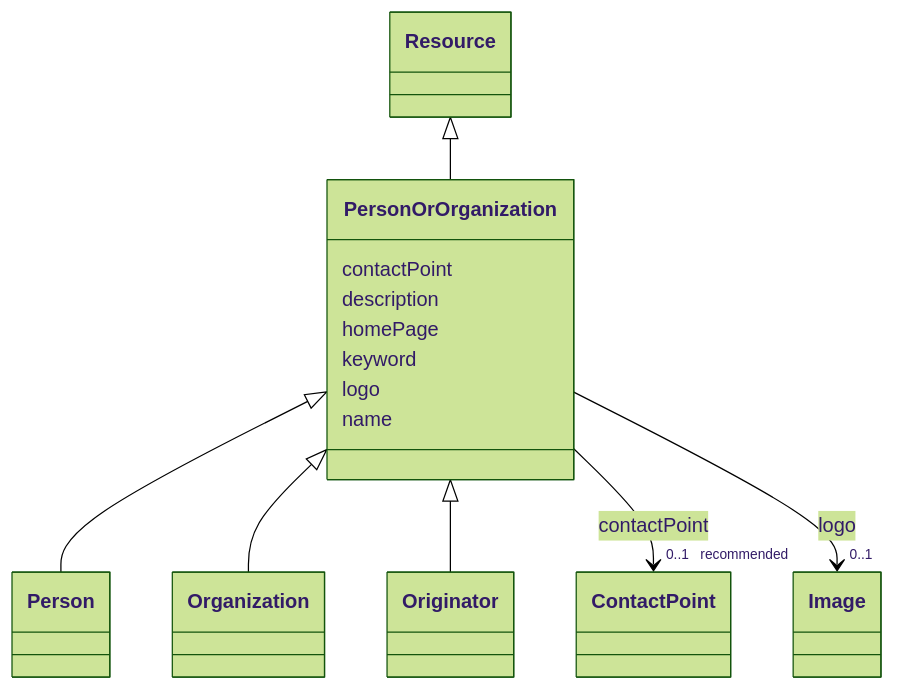
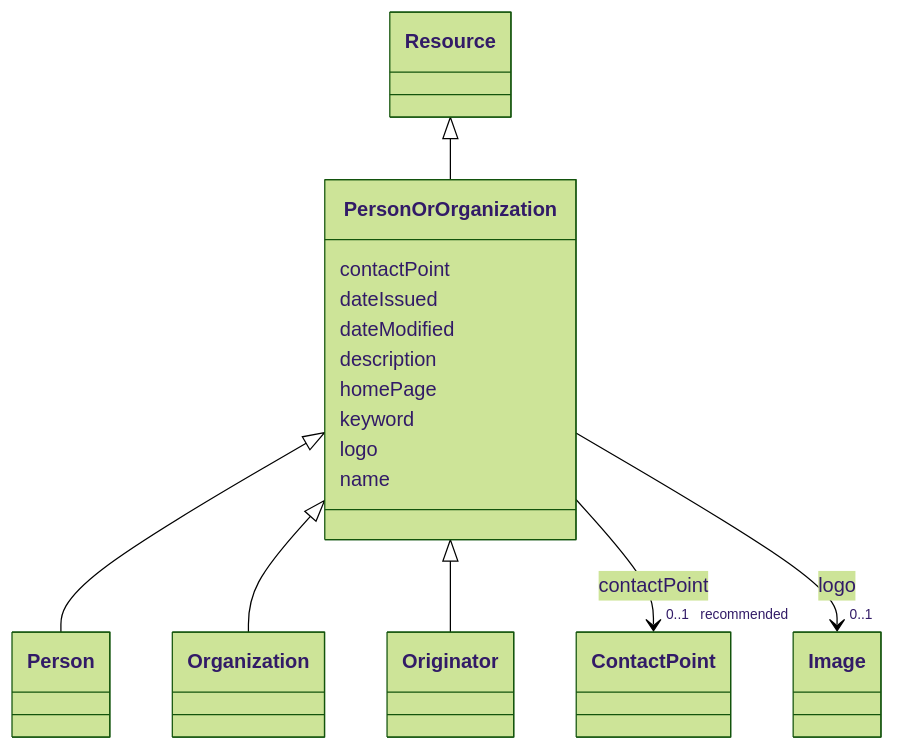
The diagram in models/docs/PersonOrOrganization.md (EVORA-project/evora-ontology), drawn with Mermaid (forest theme) before and after one commit. The commit also changed other lines of this file and 377 other files, not shown here.

````diff
--- a/models/docs/PersonOrOrganization.md
+++ b/models/docs/PersonOrOrganization.md
@@ -19,44 +19,48 @@
 ```mermaid
  classDiagram
     class PersonOrOrganization
     click PersonOrOrganization href "../PersonOrOrganization"
       Resource <|-- PersonOrOrganization
         click Resource href "../Resource"
       
 
       PersonOrOrganization <|-- Person
         click Person href "../Person"
       PersonOrOrganization <|-- Organization
         click Organization href "../Organization"
       PersonOrOrganization <|-- Originator
         click Originator href "../Originator"
       
       
       PersonOrOrganization : contactPoint
         
           
     
     
     PersonOrOrganization --> "0..1 _recommended_" ContactPoint : contactPoint
     click ContactPoint href "../ContactPoint"
 
         
+      PersonOrOrganization : dateIssued
+        
+      PersonOrOrganization : dateModified
+        
       PersonOrOrganization : description
         
       PersonOrOrganization : homePage
         
       PersonOrOrganization : keyword
         
       PersonOrOrganization : logo
         
           
     
     
     PersonOrOrganization --> "0..1" Image : logo
     click Image href "../Image"
 
         
       PersonOrOrganization : name
         
       
 ```
````
